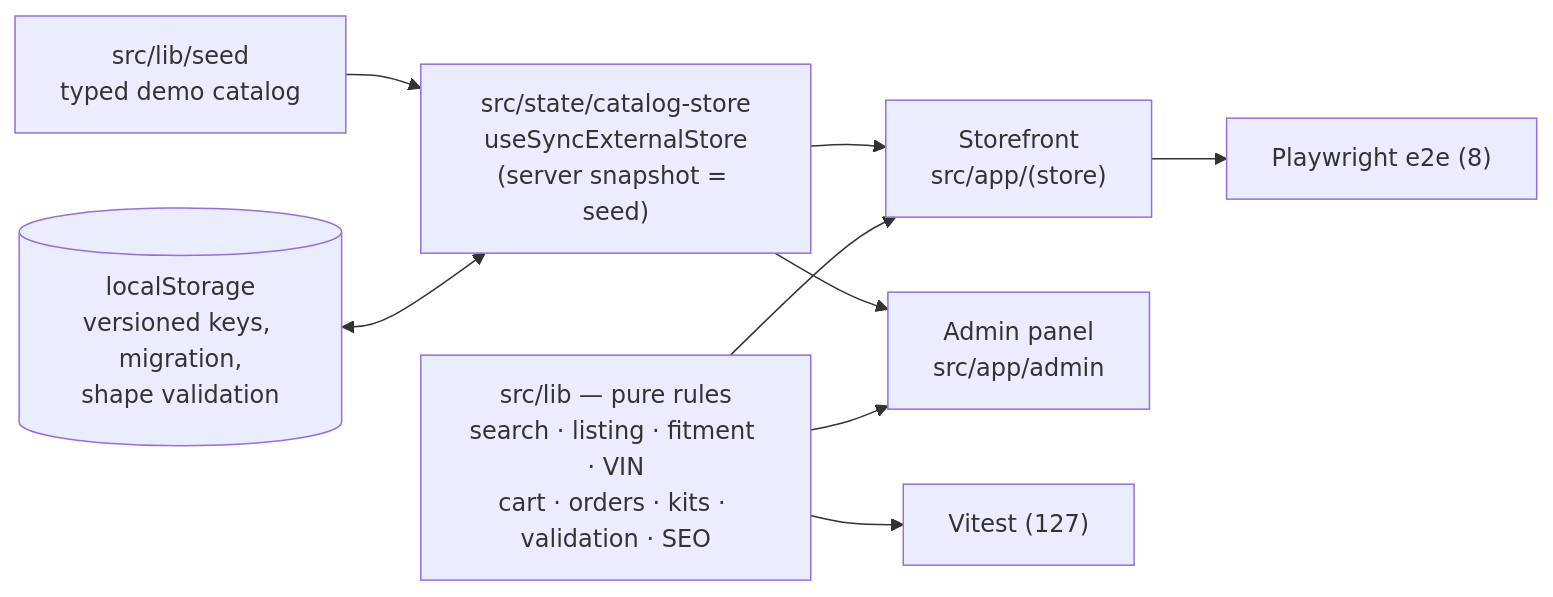
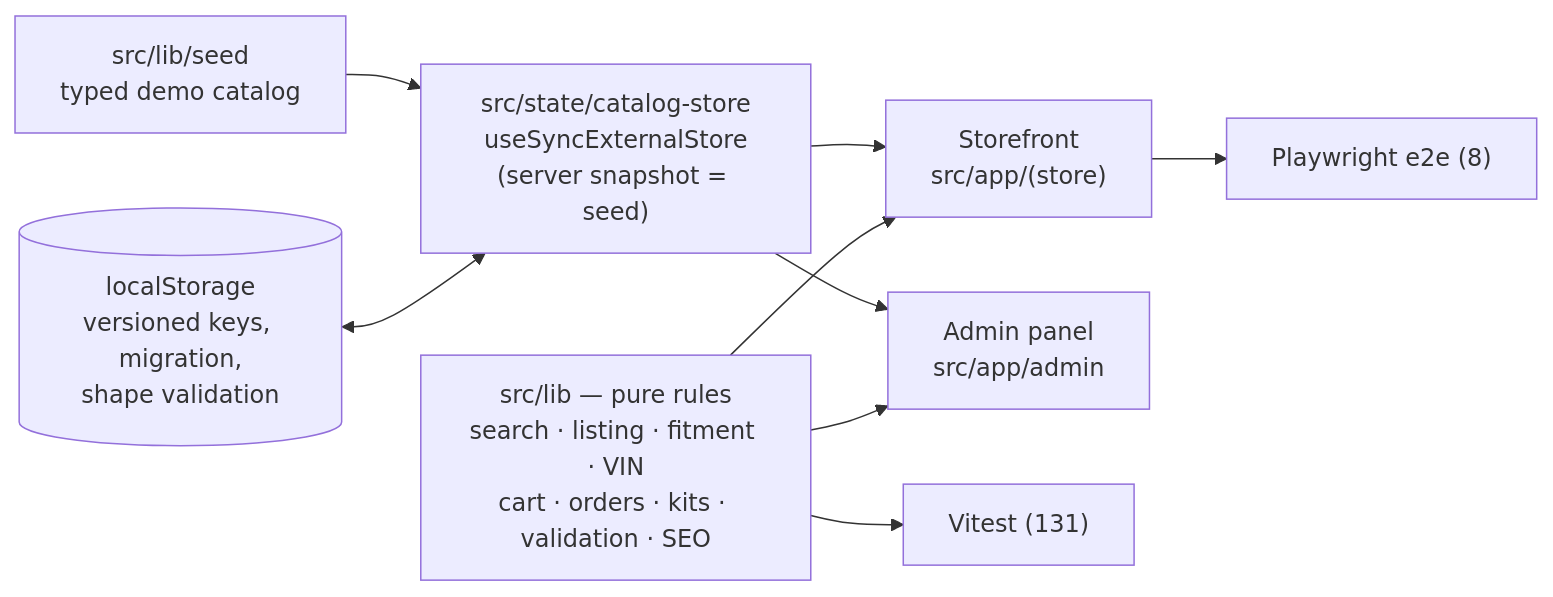
Before and after one commit to kursatdemirdelen/car-parts-shop: the diagram in README.md, drawn with Mermaid. The commit also changed other lines of this file, not shown here.

Commit message:
README'deki test sayısı güncellendi

````diff
--- a/README.md
+++ b/README.md
@@ -45,11 +45,11 @@
 ```mermaid
 flowchart LR
   seed["src/lib/seed<br/>typed demo catalog"] --> store["src/state/catalog-store<br/>useSyncExternalStore<br/>(server snapshot = seed)"]
   ls[("localStorage<br/>versioned keys, migration,<br/>shape validation")] <--> store
   store --> storefront["Storefront<br/>src/app/(store)"]
   store --> admin["Admin panel<br/>src/app/admin"]
   rules["src/lib — pure rules<br/>search · listing · fitment · VIN<br/>cart · orders · kits · validation · SEO"] --> storefront
   rules --> admin
-  rules --> tests["Vitest (127)"]
+  rules --> tests["Vitest (131)"]
   storefront --> e2e["Playwright e2e (8)"]
 ```
````
